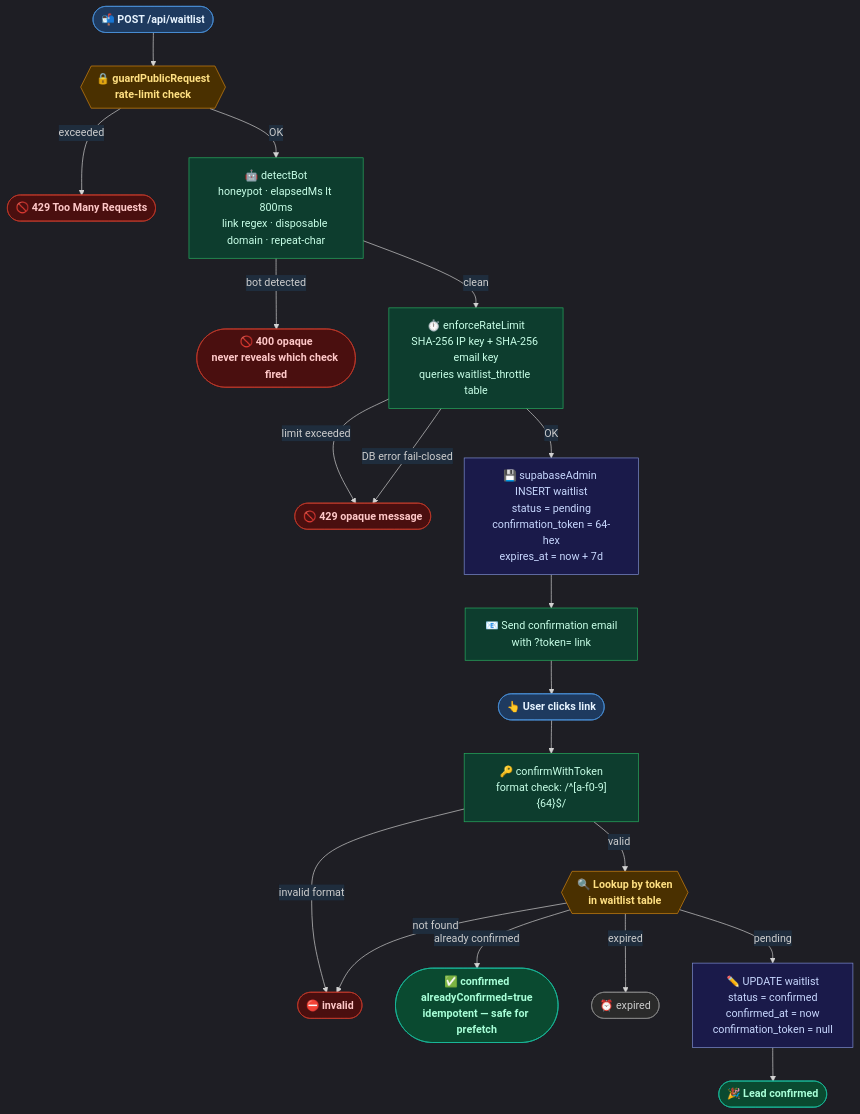
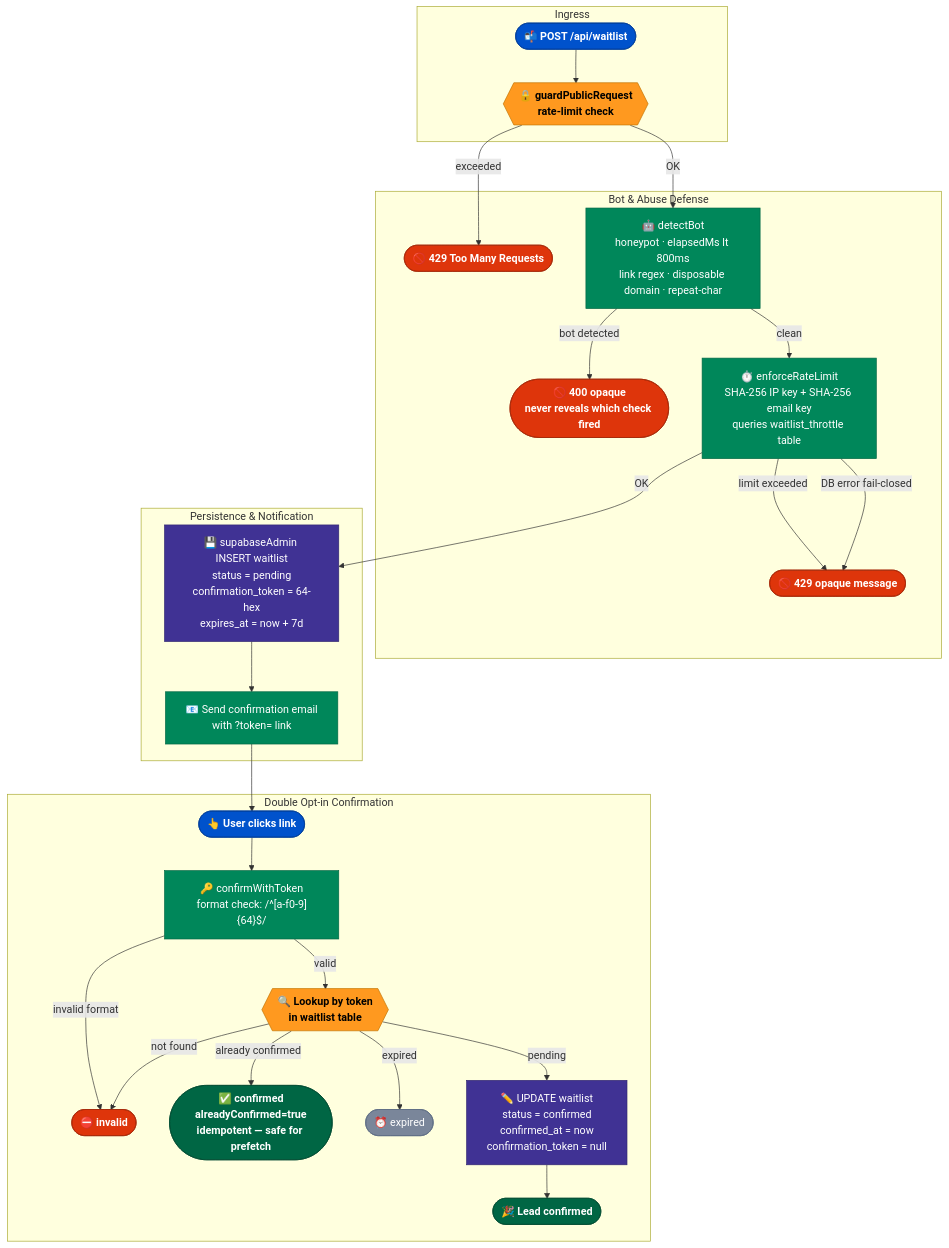
One commit to VIKAS9793/vouchlist changed the second of 3 diagrams in docs/engineering/ADR-001.md. Above: the diagram before and after it, drawn with Mermaid. The commit also changed other lines of this file, not shown here.

First line of the commit message:
docs(adr-001): overhaul Mermaid diagram styling for GitHub adaptive rendering

````diff
--- a/docs/engineering/ADR-001.md
+++ b/docs/engineering/ADR-001.md
@@ -304,39 +275,58 @@
 ```mermaid
-%%{init: {"theme": "dark", "themeVariables": {"darkMode": true, "background": "#0d1117", "primaryColor": "#1e3a5f", "primaryTextColor": "#e8f4ff", "edgeLabelBackground": "#1f2d3d", "clusterBkg": "#161b22"}}}%%
 flowchart TD
-    classDef entry    fill:#1e3a5f,stroke:#4a90d9,color:#e8f4ff,font-weight:bold
-    classDef decision fill:#4a3000,stroke:#d4860f,color:#ffe082,font-weight:bold
-    classDef reject   fill:#4a0f0f,stroke:#c0392b,color:#ffc8c8,font-weight:bold
-    classDef process  fill:#0d3d2e,stroke:#27ae60,color:#c8ffe8
-    classDef store    fill:#1a1a4a,stroke:#7f8fd4,color:#c8d8ff
-    classDef success  fill:#0a4a30,stroke:#1abc9c,color:#a8ffd8,font-weight:bold
-    classDef terminal fill:#2a2a2a,stroke:#888888,color:#cccccc
+    classDef entry    fill:#0052CC,stroke:#003E99,color:#FFFFFF,font-weight:bold
+    classDef decision fill:#FF991F,stroke:#C27400,color:#000000,font-weight:bold
+    classDef reject   fill:#DE350B,stroke:#A52708,color:#FFFFFF,font-weight:bold
+    classDef process  fill:#00875A,stroke:#006644,color:#FFFFFF
+    classDef store    fill:#403294,stroke:#302570,color:#FFFFFF
+    classDef success  fill:#006644,stroke:#004D33,color:#FFFFFF,font-weight:bold
+    classDef terminal fill:#7A869A,stroke:#5E6C84,color:#FFFFFF
 
-    A(["📬 POST /api/waitlist"]):::entry
-    A --> B{{"🔒 guardPublicRequest\nrate-limit check"}}
-    B:::decision
-    B -- exceeded --> C(["🚫 429 Too Many Requests"]):::reject
-    B -- OK --> D["🤖 detectBot\nhoneypot · elapsedMs lt 800ms\nlink regex · disposable domain · repeat-char"]
-    D:::process
-    D -- bot detected --> E(["🚫 400 opaque\nnever reveals which check fired"]):::reject
-    D -- clean --> F["⏱️ enforceRateLimit\nSHA-256 IP key + SHA-256 email key\nqueries waitlist_throttle table"]
-    F:::process
-    F -- limit exceeded --> G(["🚫 429 opaque message"]):::reject
+    subgraph Ingress
+        A(["📬 POST /api/waitlist"]):::entry
+        B{{"🔒 guardPublicRequest\nrate-limit check"}}:::decision
+    end
+
+    subgraph Bot & Abuse Defense
+        C(["🚫 429 Too Many Requests"]):::reject
+        D["🤖 detectBot\nhoneypot · elapsedMs lt 800ms\nlink regex · disposable domain · repeat-char"]:::process
+        E(["🚫 400 opaque\nnever reveals which check fired"]):::reject
+        F["⏱️ enforceRateLimit\nSHA-256 IP key + SHA-256 email key\nqueries waitlist_throttle table"]:::process
+        G(["🚫 429 opaque message"]):::reject
+    end
+
+    subgraph Persistence & Notification
+        H["💾 supabaseAdmin INSERT waitlist\nstatus = pending\nconfirmation_token = 64-hex\nexpires_at = now + 7d"]:::store
+        I["📧 Send confirmation email\nwith ?token= link"]:::process
+    end
+
+    subgraph Double Opt-in Confirmation
+        J(["👆 User clicks link"]):::entry
+        K["🔑 confirmWithToken\nformat check: /^[a-f0-9]{64}$/"]:::process
+        L(["⛔ invalid"]):::reject
+        M{{"🔍 Lookup by token\nin waitlist table"}}:::decision
+        N(["✅ confirmed\nalreadyConfirmed=true\nidempotent — safe for prefetch"]):::success
+        O(["⏰ expired"]):::terminal
+        P["✏️ UPDATE waitlist\nstatus = confirmed\nconfirmed_at = now\nconfirmation_token = null"]:::store
+        Q(["🎉 Lead confirmed"]):::success
+    end
+
+    A --> B
+    B -- exceeded --> C
+    B -- OK --> D
+    D -- bot detected --> E
+    D -- clean --> F
+    F -- limit exceeded --> G
     F -- DB error fail-closed --> G
-    F -- OK --> H["💾 supabaseAdmin INSERT waitlist\nstatus = pending\nconfirmation_token = 64-hex\nexpires_at = now + 7d"]
-    H:::store
-    H --> I["📧 Send confirmation email\nwith ?token= link"]
-    I:::process
-    I --> J(["👆 User clicks link"]):::entry
-    J --> K["🔑 confirmWithToken\nformat check: /^[a-f0-9]{64}$/"]
-    K:::process
-    K -- invalid format --> L(["⛔ invalid"]):::reject
-    K -- valid --> M{{"🔍 Lookup by token\nin waitlist table"}}
-    M:::decision
+    F -- OK --> H
+    H --> I
+    I --> J
+    J --> K
+    K -- invalid format --> L
+    K -- valid --> M
     M -- not found --> L
-    M -- already confirmed --> N(["✅ confirmed\nalreadyConfirmed=true\nidempotent — safe for prefetch"]):::success
-    M -- expired --> O(["⏰ expired"]):::terminal
-    M -- pending --> P["✏️ UPDATE waitlist\nstatus = confirmed\nconfirmed_at = now\nconfirmation_token = null"]
-    P:::store
-    P --> Q(["🎉 Lead confirmed"]):::success
+    M -- already confirmed --> N
+    M -- expired --> O
+    M -- pending --> P
+    P --> Q
 ```
````
